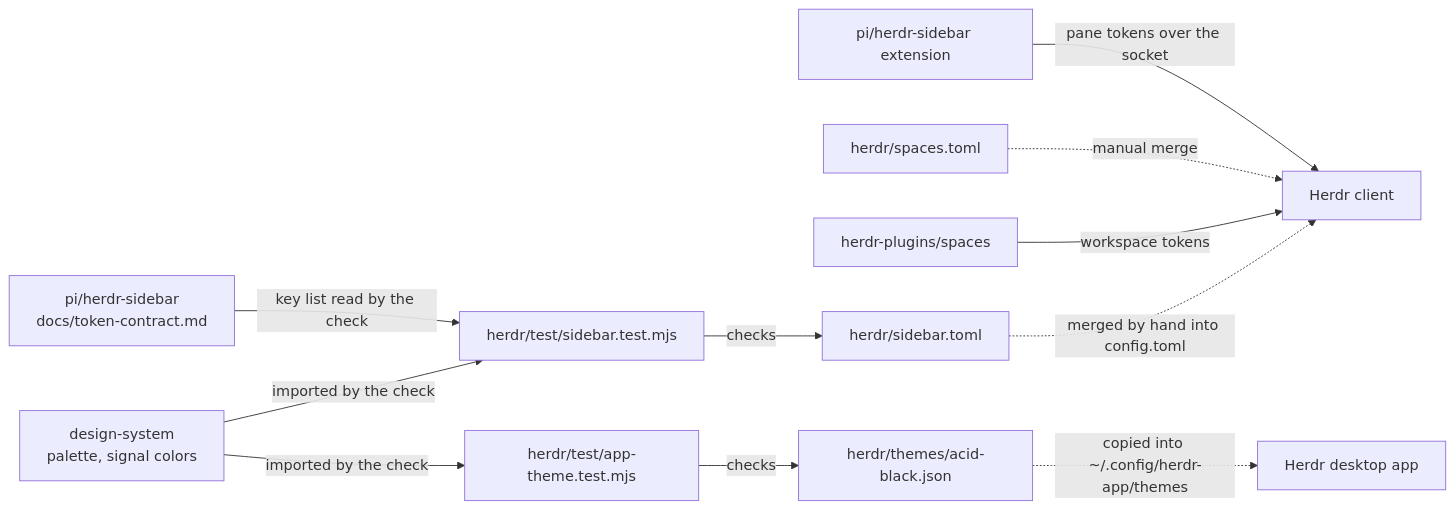
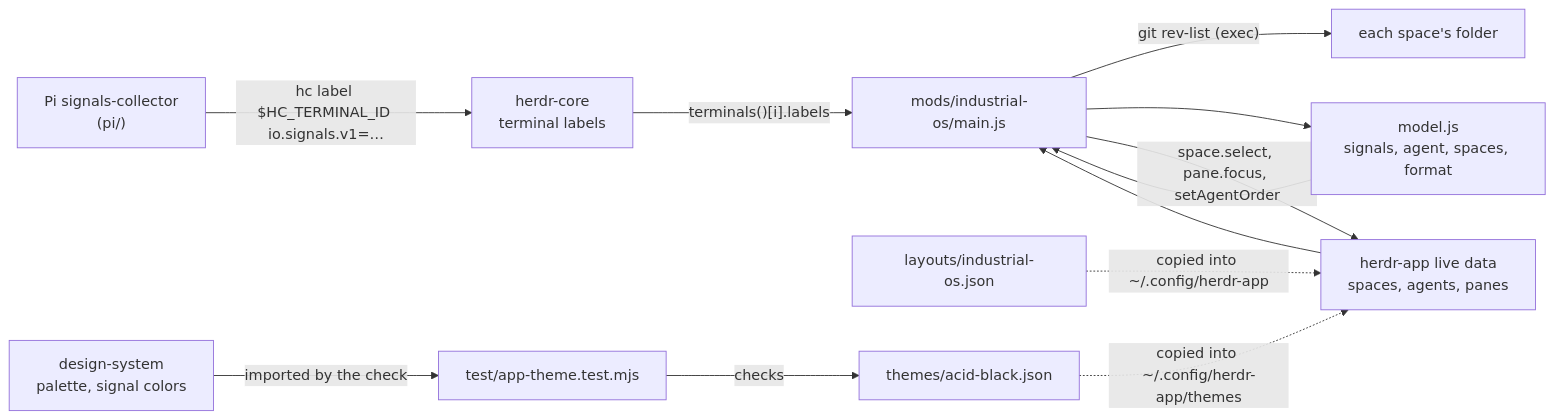
Before and after one commit to jigenator/industrial-os: the diagram in herdr/docs/architecture.md, drawn with Mermaid. The commit also changed other lines of this file and 33 other files, not shown here.

First line of the commit message:
Remove the herdr-tui sidebar and Spaces configuration and the Spaces plugin

````diff
--- a/herdr/docs/architecture.md
+++ b/herdr/docs/architecture.md
@@ -18,13 +25,14 @@
 ```mermaid
 flowchart LR
-    DS["design-system<br/>palette, signal colors"] -->|imported by the check| Test["herdr/test/sidebar.test.mjs"]
-    Contract["pi/herdr-sidebar<br/>docs/token-contract.md"] -->|key list read by the check| Test
-    Test -->|checks| Fragment["herdr/sidebar.toml"]
-    Fragment -.->|merged by hand into config.toml| Herdr["Herdr client"]
-    Spaces["herdr-plugins/spaces"] -->|workspace tokens| Herdr
-    SpacesFragment["herdr/spaces.toml"] -.->|manual merge| Herdr
-    DS -->|imported by the check| ThemeTest["herdr/test/app-theme.test.mjs"]
-    ThemeTest -->|checks| AppTheme["herdr/themes/acid-black.json"]
-    AppTheme -.->|copied into ~/.config/herdr-app/themes| App["Herdr desktop app"]
-    Ext["pi/herdr-sidebar extension"] -->|pane tokens over the socket| Herdr
+    Pi["Pi signals-collector<br/>(pi/)"] -->|"hc label $HC_TERMINAL_ID io.signals.v1=…"| Core["herdr-core<br/>terminal labels"]
+    Core -->|"terminals()[i].labels"| Main["mods/industrial-os/main.js"]
+    App["herdr-app live data<br/>spaces, agents, panes"] --> Main
+    Main -->|"git rev-list (exec)"| Git["each space's folder"]
+    Main --> Model["model.js<br/>signals, agent, spaces, format"]
+    Model --> Main
+    Main -->|"space.select, pane.focus, setAgentOrder"| App
+    Layout["layouts/industrial-os.json"] -.->|copied into ~/.config/herdr-app| App
+    DS["design-system<br/>palette, signal colors"] -->|imported by the check| ThemeTest["test/app-theme.test.mjs"]
+    ThemeTest -->|checks| AppTheme["themes/acid-black.json"]
+    AppTheme -.->|copied into ~/.config/herdr-app/themes| App
 ```
````
